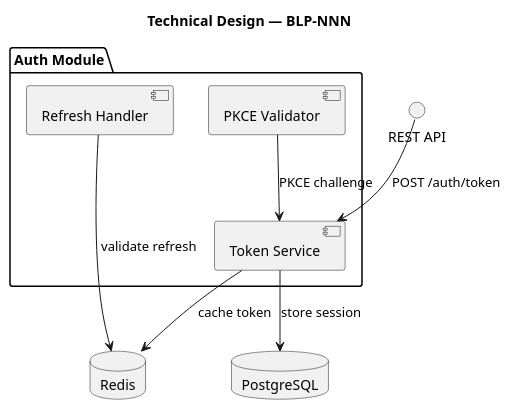
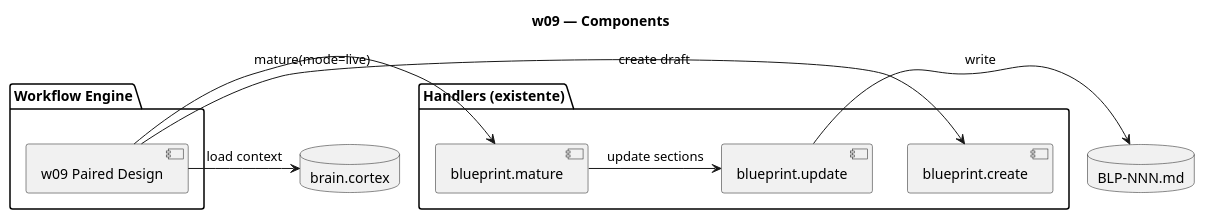
One commit to FidelErnesto03/arqux changed the third of 3 diagrams in .arqux/cycles/CYCLE-01/blueprints/BLP-009.md. Above: the diagram before and after it, drawn with PlantUML. The commit also changed other lines of this file and 4 other files, not shown here.

````diff
--- a/.arqux/cycles/CYCLE-01/blueprints/BLP-009.md
+++ b/.arqux/cycles/CYCLE-01/blueprints/BLP-009.md
@@ -120,26 +156,24 @@
 ```puml
 @startuml
-title Technical Design — BLP-NNN
-' REQUIRED: Component diagram showing all modules, their responsibilities,
-' and their interfaces. Use standard UML component notation.
+title w09 — Components
 
-package "Auth Module" {
-  [Token Service] as TS
-  [Refresh Handler] as RH
-  [PKCE Validator] as PV
+package "Workflow Engine" {
+  [w09 Paired Design] as W09
 }
 
-database "Redis" as RC
-database "PostgreSQL" as PG
-interface "REST API" as API
+package "Handlers (existente)" {
+  [blueprint.create] as BC
+  [blueprint.update] as BU
+  [blueprint.mature] as BM
+}
 
-API --> TS : POST /auth/token
-TS --> PG : store session
-TS --> RC : cache token
-RH --> RC : validate refresh
-PV --> TS : PKCE challenge
+database "brain.cortex" as Brain
+database "BLP-NNN.md" as BLP
 
-' Each component must have a clear responsibility.
-' Each arrow must have a clear purpose.
+W09 -> Brain: load context
+W09 -> BC: create draft
+W09 -> BM: mature(mode=live)
+BM -> BU: update sections
+BU -> BLP: write
 @enduml
 ```
````
